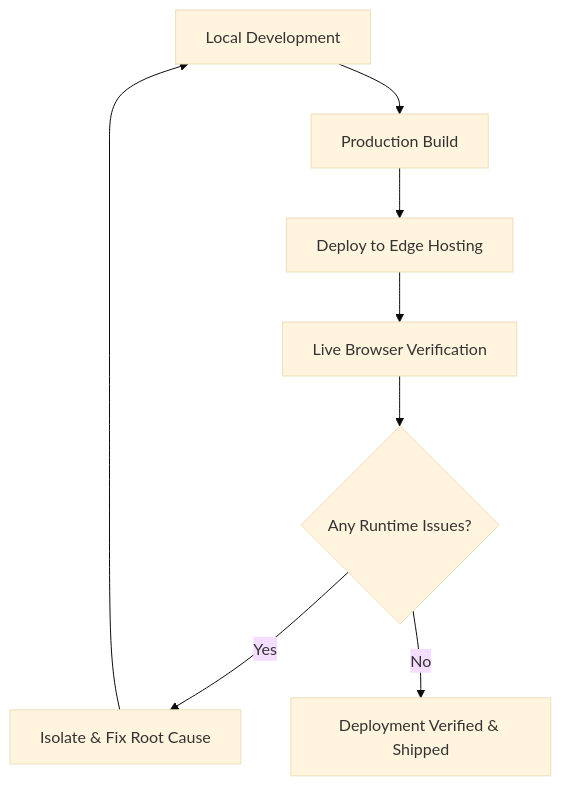
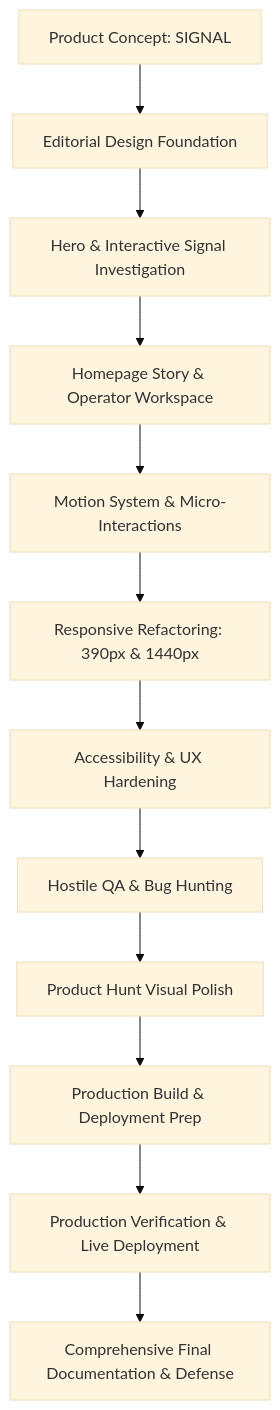
The seventh of 7 diagrams in DECISIONS.md (Yuvraj264/Signal-Acdyon-company-), drawn with Mermaid (base theme) before and after one commit. The commit also changed other lines of this file and 4 other files, not shown here.

Commit message:
final documentation

````diff
--- a/DECISIONS.md
+++ b/DECISIONS.md
@@ -504,10 +267,14 @@
 ```mermaid
 flowchart TD
-    A[Local Development] --> B[Production Build]
-    B --> C[Deploy to Edge Hosting]
-    C --> D[Live Browser Verification]
-    D --> E{Any Runtime Issues?}
-    E -->|Yes| F[Isolate & Fix Root Cause]
-    F --> A
-    E -->|No| G[Deployment Verified & Shipped]
+    A[Product Concept: SIGNAL] --> B[Editorial Design Foundation]
+    B --> C[Hero & Interactive Signal Investigation]
+    C --> D[Homepage Story & Operator Workspace]
+    D --> E[Motion System & Micro-Interactions]
+    E --> F[Responsive Refactoring: 390px & 1440px]
+    F --> G[Accessibility & UX Hardening]
+    G --> H[Hostile QA & Bug Hunting]
+    H --> I[Product Hunt Visual Polish]
+    I --> J[Production Build & Deployment Prep]
+    J --> K[Production Verification & Live Deployment]
+    K --> L[Comprehensive Final Documentation & Defense]
 ```
````
